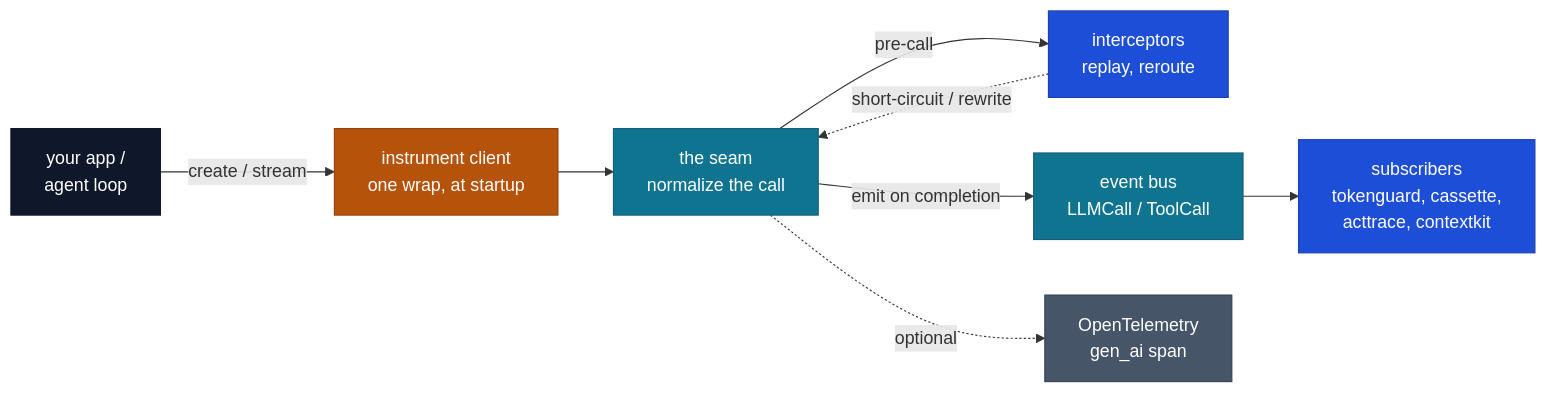
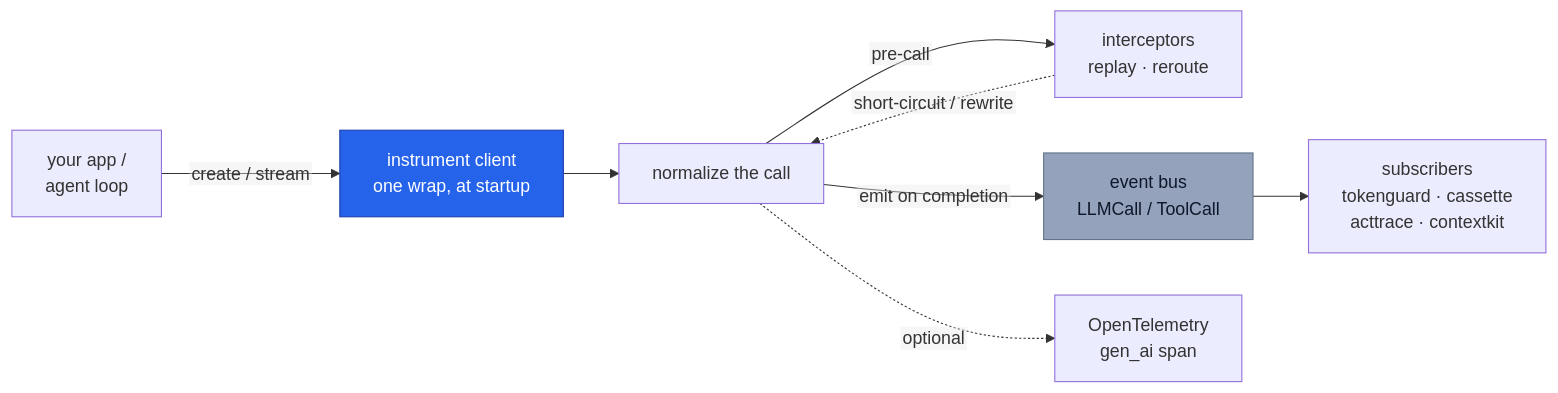
One commit to cendorhq/cendor-libs changed the diagram in docs/core.md. Above: the diagram before and after it, drawn with Mermaid. The commit also changed other lines of this file and 14 other files, not shown here.

````diff
--- a/docs/core.md
+++ b/docs/core.md
@@ -39,30 +173,22 @@
 ```mermaid
+%%{init: {"flowchart": {"htmlLabels": false}} }%%
 graph LR
     APP["your app /<br/>agent loop"]
     WRAP["instrument client<br/>one wrap, at startup"]
-    SEAM["the seam<br/>normalize the call"]
-    INT["interceptors<br/>replay, reroute"]
+    SEAM["normalize the call"]
+    INT["interceptors<br/>replay · reroute"]
     BUS["event bus<br/>LLMCall / ToolCall"]
-    SUBS["subscribers<br/>tokenguard, cassette,<br/>acttrace, contextkit"]
+    SUBS["subscribers<br/>tokenguard · cassette<br/>acttrace · contextkit"]
     OT["OpenTelemetry<br/>gen_ai span"]
 
-    APP -->|"create / stream"| WRAP
-    WRAP --> SEAM
+    APP -->|"create / stream"| WRAP --> SEAM
     SEAM -->|"pre-call"| INT
     INT -.->|"short-circuit / rewrite"| SEAM
-    SEAM -->|"emit on completion"| BUS
-    BUS --> SUBS
+    SEAM -->|"emit on completion"| BUS --> SUBS
     SEAM -.->|"optional"| OT
 
-    classDef app fill:#0f172a,stroke:#0f172a,color:#ffffff;
-    classDef wrap fill:#b45309,stroke:#92400e,color:#ffffff;
-    classDef core fill:#0e7490,stroke:#155e75,color:#ffffff;
-    classDef sub fill:#1d4ed8,stroke:#1e40af,color:#ffffff;
-    classDef otel fill:#475569,stroke:#334155,color:#ffffff;
-
-    class APP app;
-    class WRAP wrap;
-    class SEAM,BUS core;
-    class INT,SUBS sub;
-    class OT otel;
+    classDef seam fill:#2563EB,color:#ffffff,stroke:#1E40AF;
+    classDef co fill:#94A3BB,color:#0F172A,stroke:#64748B;
+    class WRAP seam;
+    class BUS co;
 ```
````
